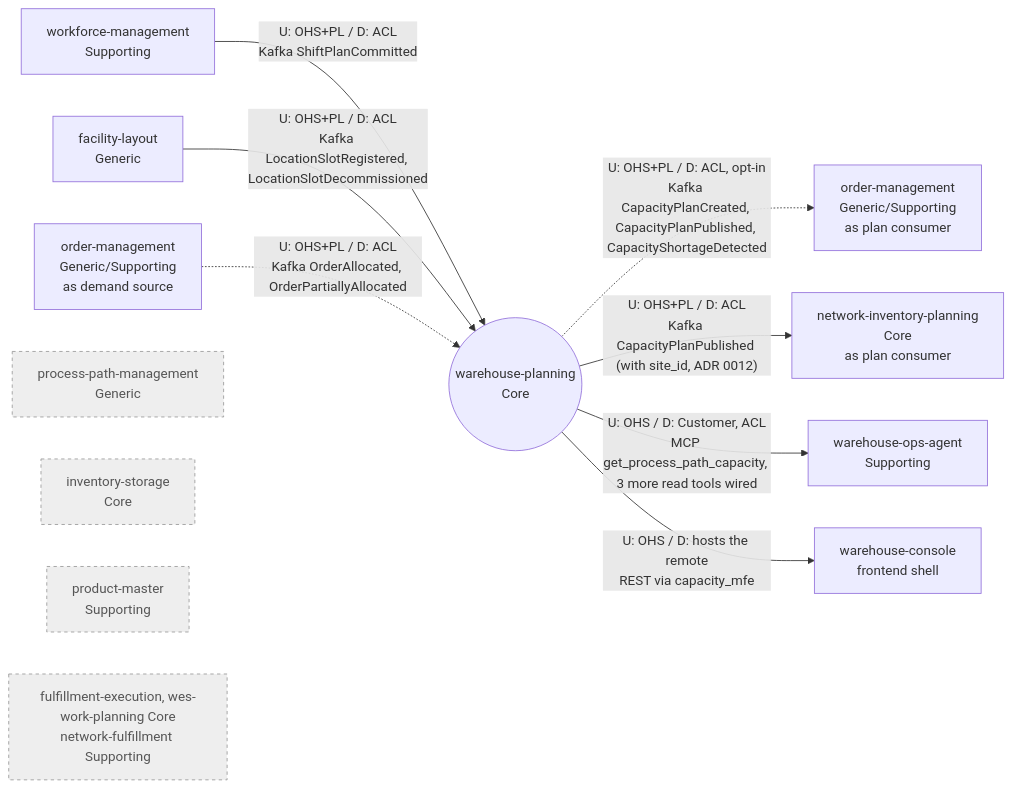
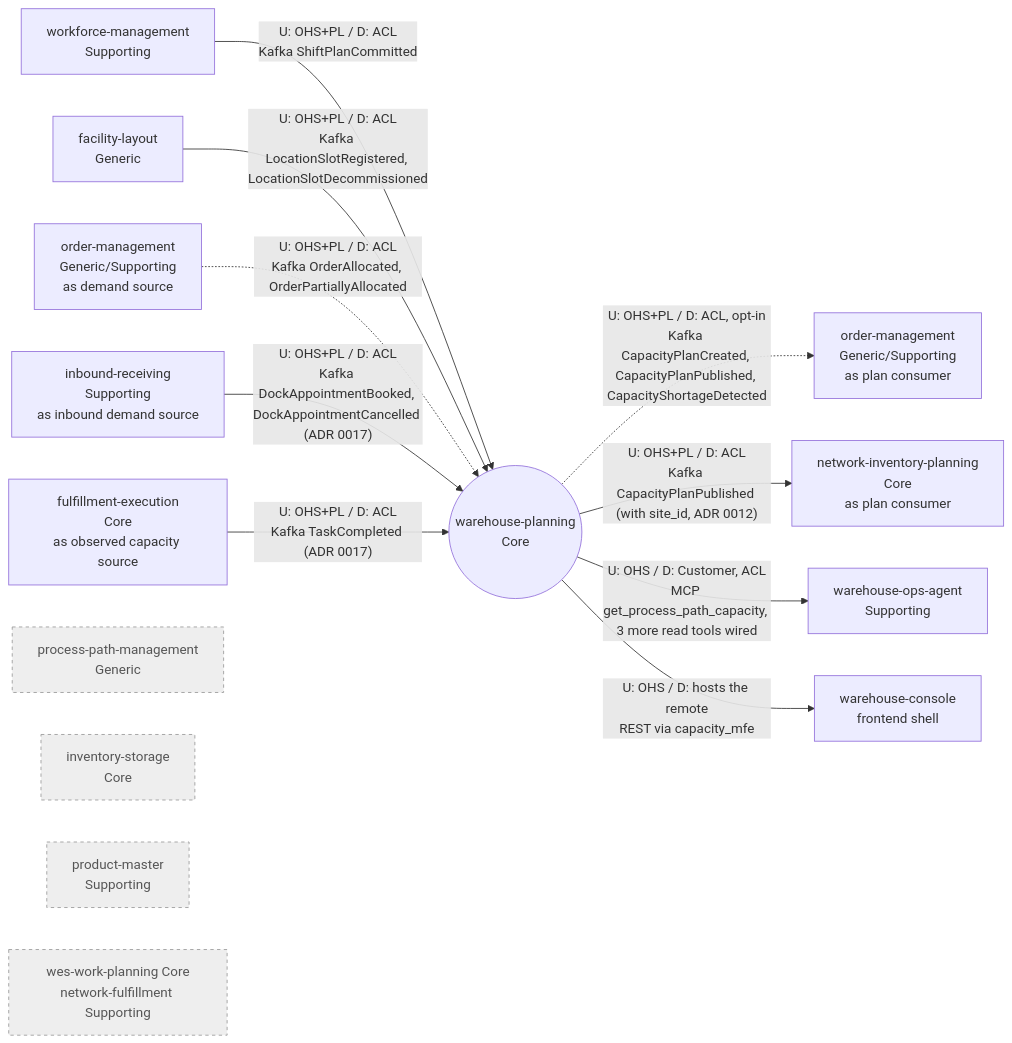
One commit to IQVO/warehouse-planning changed the diagram in docs/docs/ddd/context-map.md. Above: the diagram before and after it, drawn with Mermaid. The commit also changed other lines of this file and 16 other files, not shown here.

First line of the commit message:
docs: hand-written pages for inbound labour demand and observed capacity (ADR 0017)

````diff
--- a/docs/docs/ddd/context-map.md
+++ b/docs/docs/ddd/context-map.md
@@ -16,31 +16,35 @@
 ```mermaid
 flowchart LR
   WP(("warehouse-planning<br/>Core"))
 
   WFM["workforce-management<br/>Supporting"]
   FL["facility-layout<br/>Generic"]
   OMU["order-management<br/>Generic/Supporting<br/>as demand source"]
   OMD["order-management<br/>Generic/Supporting<br/>as plan consumer"]
+  IRC["inbound-receiving<br/>Supporting<br/>as inbound demand source"]
+  FEX["fulfillment-execution<br/>Core<br/>as observed capacity source"]
   OPS["warehouse-ops-agent<br/>Supporting"]
   CON["warehouse-console<br/>frontend shell"]
   PPM["process-path-management<br/>Generic"]
   INV["inventory-storage<br/>Core"]
   PM["product-master<br/>Supporting"]
   NIP["network-inventory-planning<br/>Core<br/>as plan consumer"]
-  LATER["fulfillment-execution, wes-work-planning Core<br/>network-fulfillment Supporting"]
+  LATER["wes-work-planning Core<br/>network-fulfillment Supporting"]
 
   WFM -- "U: OHS+PL / D: ACL<br/>Kafka ShiftPlanCommitted" --> WP
   FL -- "U: OHS+PL / D: ACL<br/>Kafka LocationSlotRegistered, LocationSlotDecommissioned" --> WP
   OMU -. "U: OHS+PL / D: ACL<br/>Kafka OrderAllocated, OrderPartiallyAllocated" .-> WP
+  IRC -- "U: OHS+PL / D: ACL<br/>Kafka DockAppointmentBooked, DockAppointmentCancelled (ADR 0017)" --> WP
+  FEX -- "U: OHS+PL / D: ACL<br/>Kafka TaskCompleted (ADR 0017)" --> WP
   WP -. "U: OHS+PL / D: ACL, opt-in<br/>Kafka CapacityPlanCreated, CapacityPlanPublished, CapacityShortageDetected" .-> OMD
   WP -- "U: OHS+PL / D: ACL<br/>Kafka CapacityPlanPublished (with site_id, ADR 0012)" --> NIP
   WP -- "U: OHS / D: Customer, ACL<br/>MCP get_process_path_capacity, 3 more read tools wired" --> OPS
   WP -- "U: OHS / D: hosts the remote<br/>REST via capacity_mfe" --> CON
   PPM ~~~ WP
   INV ~~~ WP
   PM ~~~ WP
   LATER ~~~ WP
 
   classDef absent fill:#eeeeee,stroke:#999999,color:#555555,stroke-dasharray: 4 4
   class PPM,INV,PM,LATER absent
 ```
````
